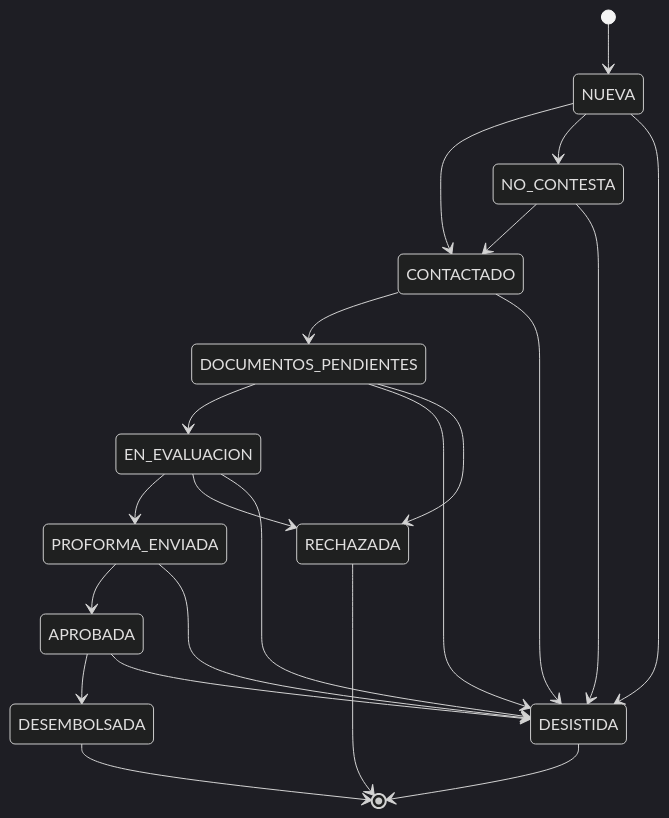
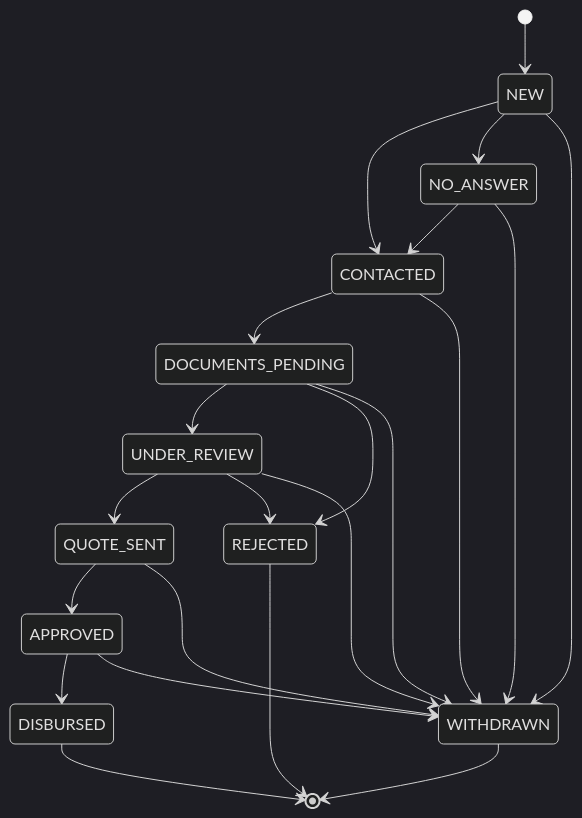
One commit to rodrigobraunrumpler-svg/anticipate-factoring changed the third of 3 diagrams in docs/STACK.md. Above: the diagram before and after it, drawn with Mermaid (dark theme). The commit also changed other lines of this file and 3 other files, not shown here.

````diff
--- a/docs/STACK.md
+++ b/docs/STACK.md
@@ -578,24 +728,24 @@
 ```mermaid
 stateDiagram-v2
-    [*] --> NUEVA
-    NUEVA --> CONTACTADO
-    NUEVA --> NO_CONTESTA
-    NO_CONTESTA --> CONTACTADO
-    CONTACTADO --> DOCUMENTOS_PENDIENTES
-    DOCUMENTOS_PENDIENTES --> EN_EVALUACION
-    EN_EVALUACION --> PROFORMA_ENVIADA
-    PROFORMA_ENVIADA --> APROBADA
-    APROBADA --> DESEMBOLSADA
-    DESEMBOLSADA --> [*]
-    CONTACTADO --> DESISTIDA
-    DOCUMENTOS_PENDIENTES --> DESISTIDA
-    PROFORMA_ENVIADA --> DESISTIDA
-    NUEVA --> DESISTIDA
-    NO_CONTESTA --> DESISTIDA
-    APROBADA --> DESISTIDA
-    EN_EVALUACION --> RECHAZADA
-    EN_EVALUACION --> DESISTIDA
-    DOCUMENTOS_PENDIENTES --> RECHAZADA
-    RECHAZADA --> [*]
-    DESISTIDA --> [*]
+    [*] --> NEW
+    NEW --> CONTACTED
+    NEW --> NO_ANSWER
+    NEW --> WITHDRAWN
+    NO_ANSWER --> CONTACTED
+    NO_ANSWER --> WITHDRAWN
+    CONTACTED --> DOCUMENTS_PENDING
+    CONTACTED --> WITHDRAWN
+    DOCUMENTS_PENDING --> UNDER_REVIEW
+    DOCUMENTS_PENDING --> REJECTED
+    DOCUMENTS_PENDING --> WITHDRAWN
+    UNDER_REVIEW --> QUOTE_SENT
+    UNDER_REVIEW --> REJECTED
+    UNDER_REVIEW --> WITHDRAWN
+    QUOTE_SENT --> APPROVED
+    QUOTE_SENT --> WITHDRAWN
+    APPROVED --> DISBURSED
+    APPROVED --> WITHDRAWN
+    DISBURSED --> [*]
+    REJECTED --> [*]
+    WITHDRAWN --> [*]
 ```
````
